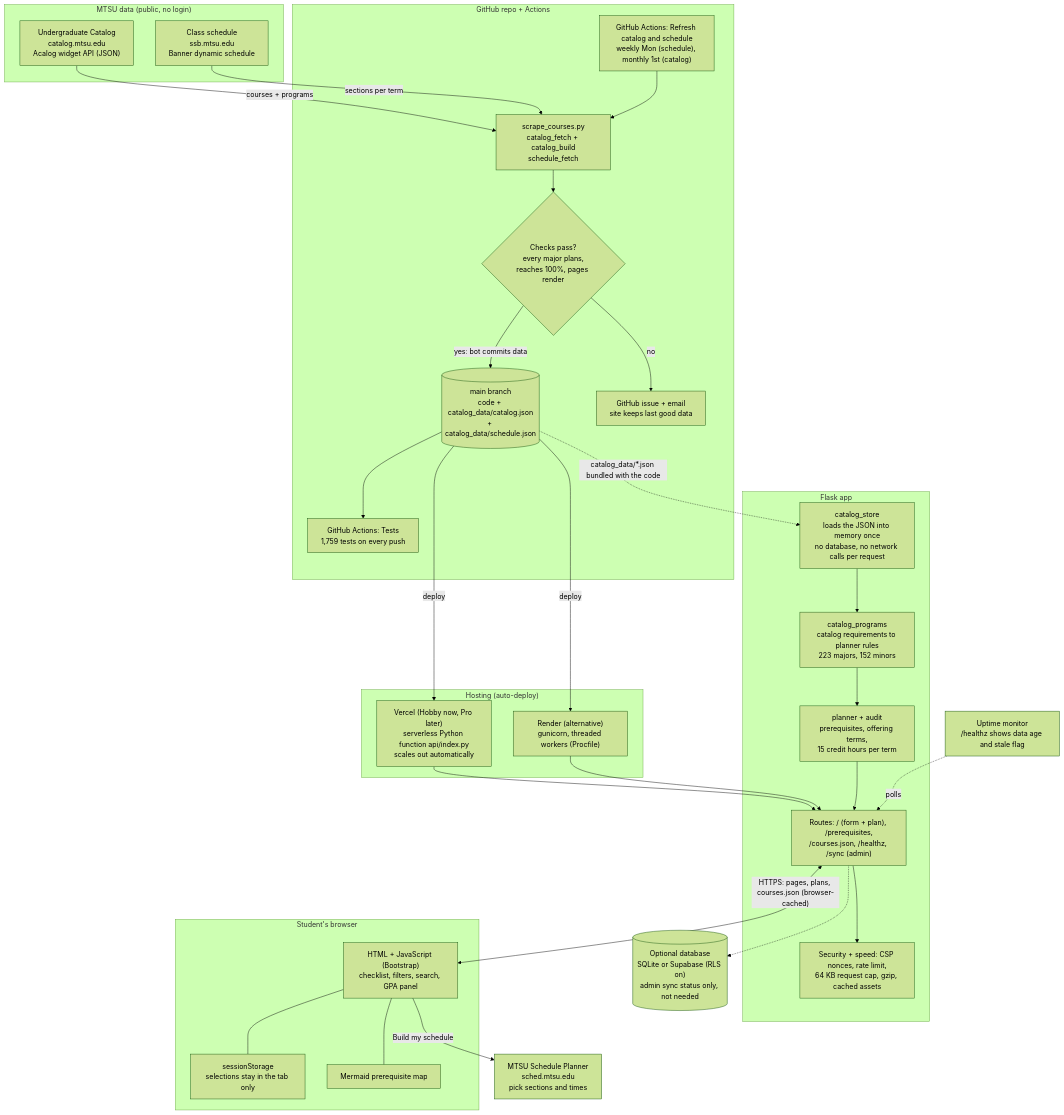
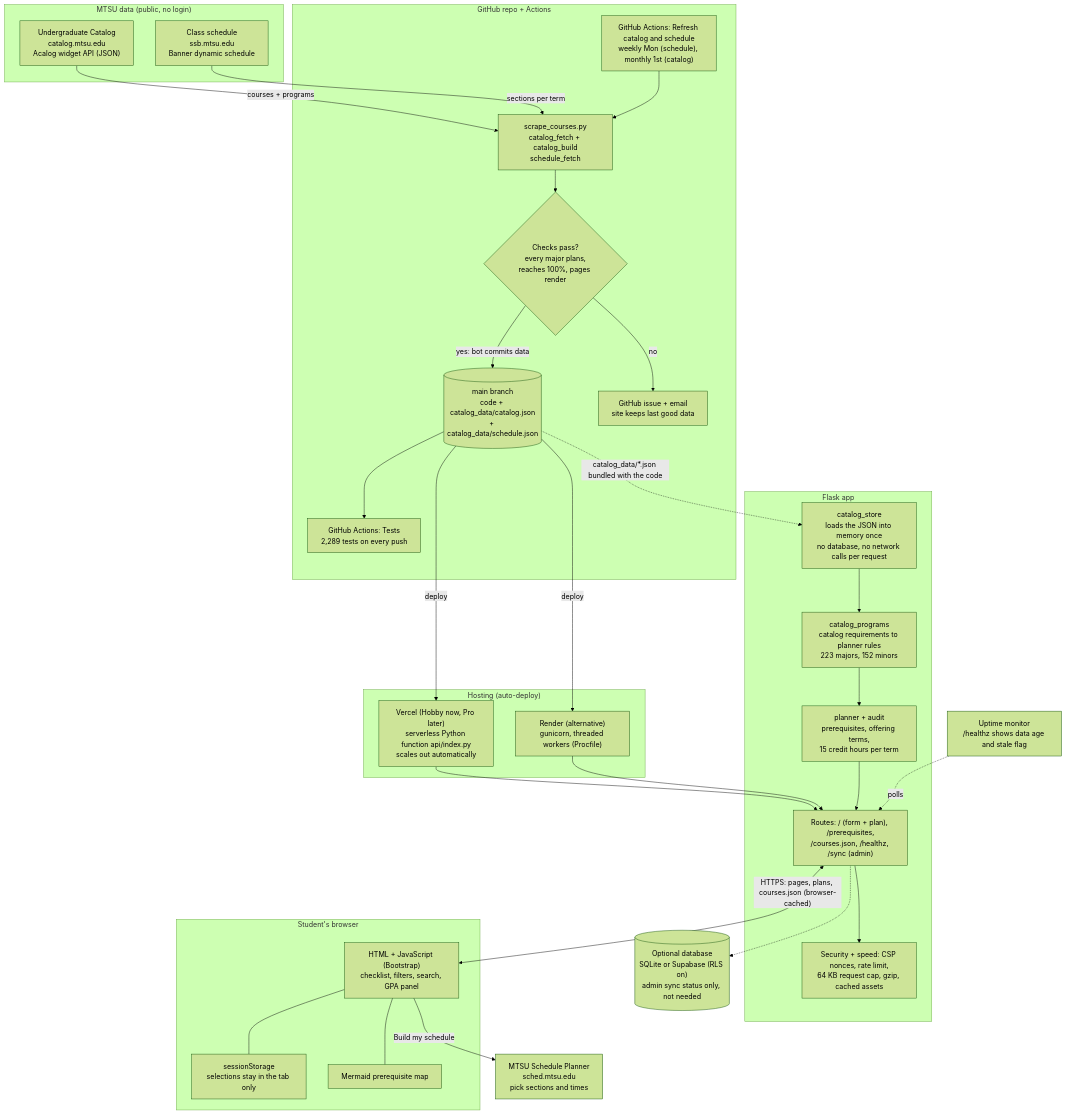
The diagram in README.md (stevenGGG23/MTSU-GradPath), drawn with Mermaid (forest theme) before and after one commit. The commit also changed other lines of this file and 10 other files, not shown here.

````diff
--- a/README.md
+++ b/README.md
@@ -248,60 +254,60 @@
 ```mermaid
 flowchart TB
     subgraph MTSU["MTSU data (public, no login)"]
         CAT["Undergraduate Catalog<br/>catalog.mtsu.edu<br/>Acalog widget API (JSON)"]
         SCH["Class schedule<br/>ssb.mtsu.edu<br/>Banner dynamic schedule"]
     end
 
     subgraph GH["GitHub repo + Actions"]
         REFRESH["GitHub Actions: Refresh catalog and schedule<br/>weekly Mon (schedule), monthly 1st (catalog)"]
         EXPORT["scrape_courses.py<br/>catalog_fetch + catalog_build<br/>schedule_fetch"]
         GATE{"Checks pass?<br/>every major plans,<br/>reaches 100%, pages render"}
         REPO[("main branch<br/>code + catalog_data/catalog.json<br/>+ catalog_data/schedule.json")]
         ISSUE["GitHub issue + email<br/>site keeps last good data"]
-        TESTS["GitHub Actions: Tests<br/>1,759 tests on every push"]
+        TESTS["GitHub Actions: Tests<br/>2,289 tests on every push"]
     end
 
     subgraph HOST["Hosting (auto-deploy)"]
         VERCEL["Vercel (Hobby now, Pro later)<br/>serverless Python function api/index.py<br/>scales out automatically"]
         RENDER["Render (alternative)<br/>gunicorn, threaded workers (Procfile)"]
     end
 
     subgraph APP["Flask app"]
         STORE["catalog_store<br/>loads the JSON into memory once<br/>no database, no network calls per request"]
         CONVERT["catalog_programs<br/>catalog requirements to planner rules<br/>223 majors, 152 minors"]
         PLAN["planner + audit<br/>prerequisites, offering terms,<br/>15 credit hours per term"]
         ROUTES["Routes: / (form + plan), /prerequisites,<br/>/courses.json, /healthz, /sync (admin)"]
         HARDEN["Security + speed: CSP nonces, rate limit,<br/>64 KB request cap, gzip, cached assets"]
     end
 
     subgraph USER["Student's browser"]
         PAGE["HTML + JavaScript (Bootstrap)<br/>checklist, filters, search, GPA panel"]
         LOCAL["sessionStorage<br/>selections stay in the tab only"]
         MERMAID["Mermaid prerequisite map"]
     end
 
     SP["MTSU Schedule Planner<br/>sched.mtsu.edu<br/>pick sections and times"]
 
     DB[("Optional database<br/>SQLite or Supabase (RLS on)<br/>admin sync status only, not needed")]
     MON["Uptime monitor<br/>/healthz shows data age and stale flag"]
 
     CAT -->|"courses + programs"| EXPORT
     SCH -->|"sections per term"| EXPORT
     REFRESH --> EXPORT --> GATE
     GATE -->|"yes: bot commits data"| REPO
     GATE -->|"no"| ISSUE
     REPO --> TESTS
     REPO -->|"deploy"| VERCEL
     REPO -->|"deploy"| RENDER
     VERCEL --> ROUTES
     RENDER --> ROUTES
     ROUTES --> HARDEN
     STORE --> CONVERT --> PLAN --> ROUTES
     REPO -.->|"catalog_data/*.json bundled with the code"| STORE
     ROUTES <-->|"HTTPS: pages, plans, courses.json (browser-cached)"| PAGE
     PAGE --- LOCAL
     PAGE --- MERMAID
     PAGE -->|"Build my schedule"| SP
     ROUTES -.-> DB
     MON -.->|"polls"| ROUTES
 ```
````
